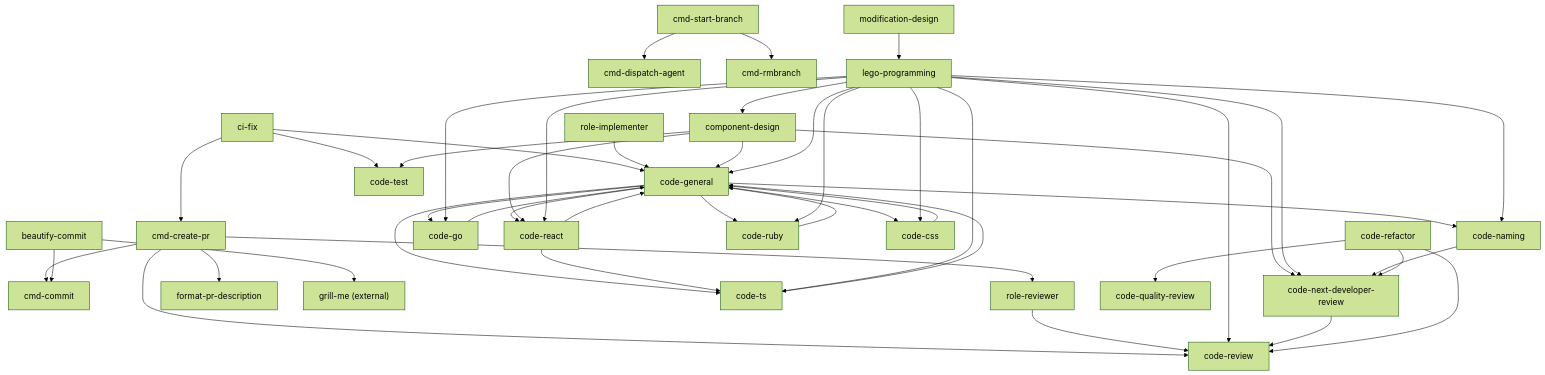
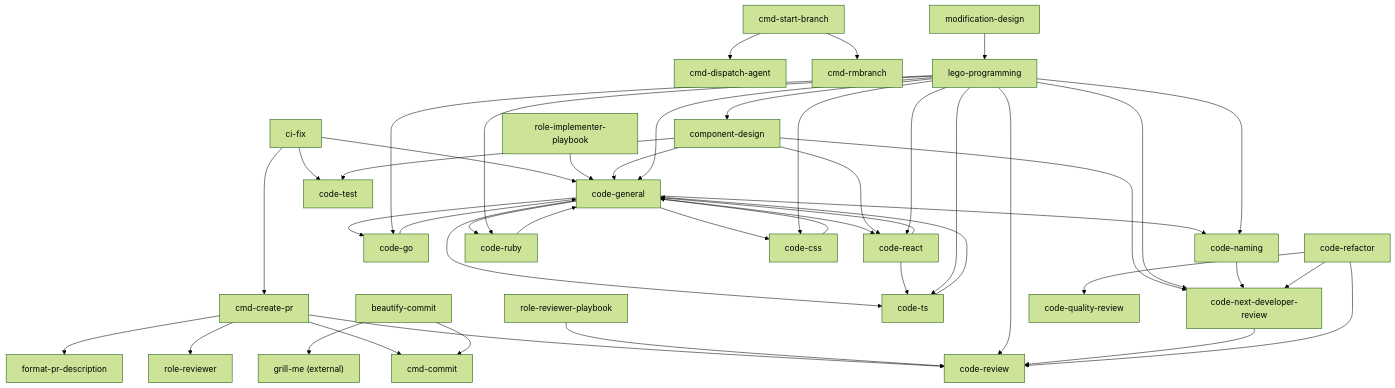
One commit to version-1/agents-docs changed the diagram in docs/skill-dependency-map.md. Above: the diagram before and after it, drawn with Mermaid (forest theme). The commit also changed other lines of this file and 36 other files, not shown here.

````diff
--- a/docs/skill-dependency-map.md
+++ b/docs/skill-dependency-map.md
@@ -159,59 +159,59 @@
 ```mermaid
 graph TD
     cmd_create_pr["cmd-create-pr"] --> cmd_commit["cmd-commit"]
     cmd_create_pr --> role_reviewer["role-reviewer"]
     cmd_create_pr --> code_review["code-review"]
     cmd_create_pr --> format_pr_description["format-pr-description"]
 
     cmd_start_branch["cmd-start-branch"] --> cmd_dispatch_agent["cmd-dispatch-agent"]
     cmd_start_branch --> cmd_rmbranch["cmd-rmbranch"]
 
     beautify_commit["beautify-commit"] --> cmd_commit
     beautify_commit --> grill_me["grill-me (external)"]
 
     ci_fix["ci-fix"] --> code_general
     ci_fix --> code_test["code-test"]
     ci_fix --> cmd_create_pr
 
-    role_reviewer --> code_review
-    role_implementer["role-implementer"] --> code_general["code-general"]
+    role_reviewer_playbook["role-reviewer-playbook"] --> code_review
+    role_implementer_playbook["role-implementer-playbook"] --> code_general["code-general"]
 
     code_general --> code_naming["code-naming"]
     code_general --> code_go["code-go"]
     code_general --> code_ts["code-ts"]
     code_general --> code_react["code-react"]
     code_general --> code_ruby["code-ruby"]
     code_general --> code_css["code-css"]
     code_go --> code_general
     code_ts --> code_general
     code_react --> code_general
     code_react --> code_ts
     code_ruby --> code_general
     code_css --> code_general
 
     component_design["component-design"] --> code_general
     component_design --> code_react
     component_design --> code_test
     component_design --> code_next_dev["code-next-developer-review"]
 
     lego_programming["lego-programming"] --> code_general
     lego_programming --> code_go
     lego_programming --> code_ts
     lego_programming --> code_react
     lego_programming --> code_ruby
     lego_programming --> code_css
     lego_programming --> component_design
     lego_programming --> code_naming
     lego_programming --> code_review
     lego_programming --> code_next_dev
 
     modification_design["modification-design"] --> lego_programming
 
     code_naming --> code_next_dev
 
     code_next_dev --> code_review
 
     code_refactor["code-refactor"] --> code_quality["code-quality-review"]
     code_refactor --> code_review
     code_refactor --> code_next_dev
 ```
````
